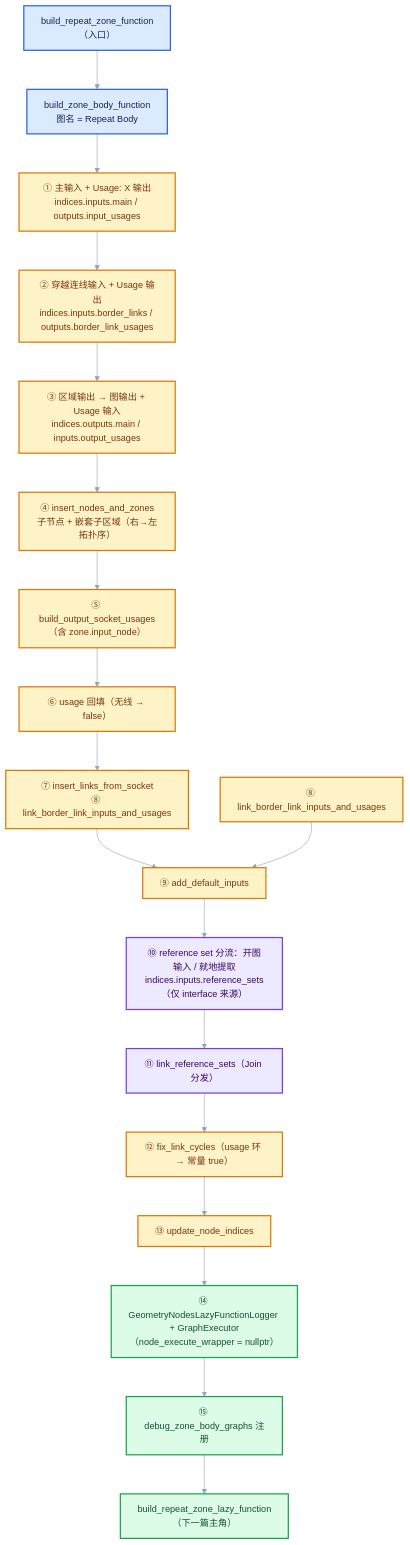
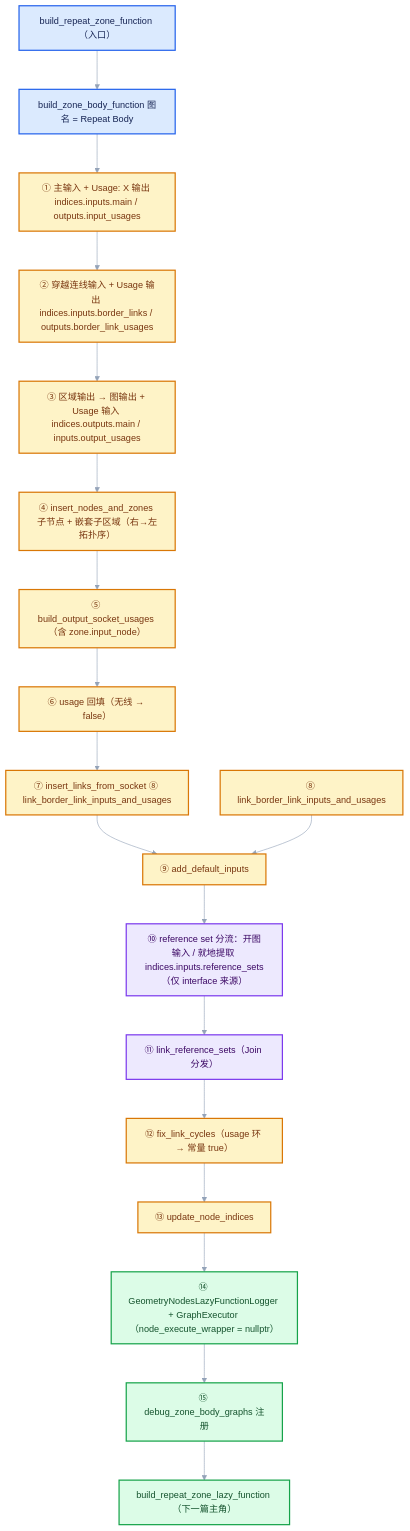
The fifth of 5 diagrams in 杂/markdown/重复区域-dsh/03-几何节点执行架构/02-Repeat循环体函数构建详解.md (yunkezengren/blender-.vscode), drawn with Mermaid before and after one commit. The commit also changed other lines of this file and 27 other files, not shown here.

````diff
--- a/杂/markdown/重复区域-dsh/03-几何节点执行架构/02-Repeat循环体函数构建详解.md
+++ b/杂/markdown/重复区域-dsh/03-几何节点执行架构/02-Repeat循环体函数构建详解.md
@@ -2002,32 +1957,32 @@
 ```mermaid
 %%{init: {"theme":"base","themeVariables":{"fontFamily":"\"Segoe UI\",\"Microsoft YaHei\",sans-serif","fontSize":"15px","lineColor":"#94A3B8","edgeLabelBackground":"#FFFFFF","clusterBkg":"#F8FAFC","clusterBorder":"#CBD5E1"},"flowchart":{"htmlLabels":false,"curve":"basis","nodeSpacing":52,"rankSpacing":64,"padding":14,"diagramPadding":16,"useMaxWidth":true},"sequence":{"useMaxWidth":true,"wrap":true,"mirrorActors":false,"messageMargin":36}}}%%
 flowchart TB
-    START["build_repeat_zone_function<br/>（入口）"] --> BODY["build_zone_body_function<br/>图名 = Repeat Body"]
-    BODY --> S1["① 主输入 + Usage: X 输出<br/>indices.inputs.main / outputs.input_usages"]
-    S1 --> S2["② 穿越连线输入 + Usage 输出<br/>indices.inputs.border_links / outputs.border_link_usages"]
-    S2 --> S3["③ 区域输出 → 图输出 + Usage 输入<br/>indices.outputs.main / inputs.output_usages"]
-    S3 --> S4["④ insert_nodes_and_zones<br/>子节点 + 嵌套子区域（右→左拓扑序）"]
-    S4 --> S5["⑤ build_output_socket_usages<br/>（含 zone.input_node）"]
+    START["build_repeat_zone_function （入口）"] --> BODY["build_zone_body_function 图名 = Repeat Body"]
+    BODY --> S1["① 主输入 + Usage: X 输出 indices.inputs.main / outputs.input_usages"]
+    S1 --> S2["② 穿越连线输入 + Usage 输出 indices.inputs.border_links / outputs.border_link_usages"]
+    S2 --> S3["③ 区域输出 → 图输出 + Usage 输入 indices.outputs.main / inputs.output_usages"]
+    S3 --> S4["④ insert_nodes_and_zones 子节点 + 嵌套子区域（右→左拓扑序）"]
+    S4 --> S5["⑤ build_output_socket_usages （含 zone.input_node）"]
     S5 --> S6["⑥ usage 回填（无线 → false）"]
-    S6 --> S7["⑦ insert_links_from_socket<br/>⑧ link_border_link_inputs_and_usages"]
+    S6 --> S7["⑦ insert_links_from_socket ⑧ link_border_link_inputs_and_usages"]
     S7 --> S9["⑨ add_default_inputs"]
     S8["⑧ link_border_link_inputs_and_usages"] --> S9
-    S9 --> S10["⑩ reference set 分流：开图输入 / 就地提取<br/>indices.inputs.reference_sets（仅 interface 来源）"]
+    S9 --> S10["⑩ reference set 分流：开图输入 / 就地提取 indices.inputs.reference_sets（仅 interface 来源）"]
     S10 --> S11["⑪ link_reference_sets（Join 分发）"]
     S11 --> S12["⑫ fix_link_cycles（usage 环 → 常量 true）"]
     S12 --> S13["⑬ update_node_indices"]
-    S13 --> S14["⑭ GeometryNodesLazyFunctionLogger + GraphExecutor<br/>（node_execute_wrapper = nullptr）"]
+    S13 --> S14["⑭ GeometryNodesLazyFunctionLogger + GraphExecutor （node_execute_wrapper = nullptr）"]
     S14 --> S15["⑮ debug_zone_body_graphs 注册"]
-    S15 --> WRAP["build_repeat_zone_lazy_function<br/>（下一篇主角）"]
+    S15 --> WRAP["build_repeat_zone_lazy_function （下一篇主角）"]
     classDef input fill:#DBEAFE,stroke:#2563EB,color:#172554,stroke-width:2px;
     classDef data fill:#CFFAFE,stroke:#0891B2,color:#164E63,stroke-width:2px;
     classDef abstraction fill:#EDE9FE,stroke:#7C3AED,color:#3B0764,stroke-width:2px;
     classDef compute fill:#FEF3C7,stroke:#D97706,color:#78350F,stroke-width:2px;
     classDef result fill:#DCFCE7,stroke:#16A34A,color:#14532D,stroke-width:2px;
     classDef error fill:#FEE2E2,stroke:#DC2626,color:#7F1D1D,stroke-width:2px;
     class START,BODY input;
     class S1,S2,S3,S4,S5,S6,S7,S8,S9 compute;
     class S10,S11 abstraction;
     class S12,S13 compute;
     class S14,S15,WRAP result;
 ```
````
